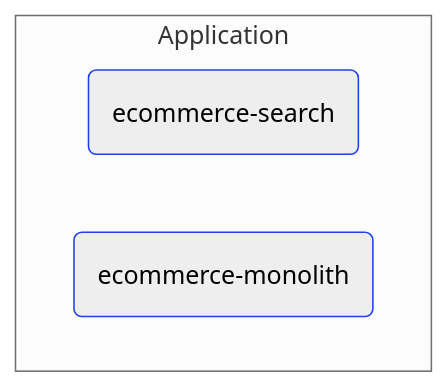
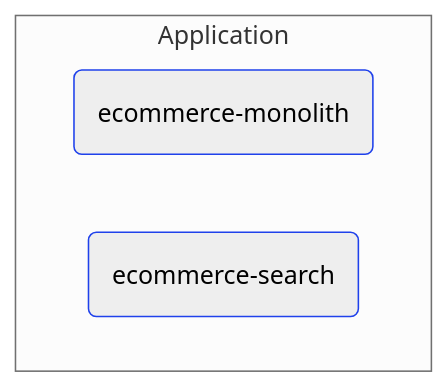
The diagram in Docs/P3/MermaidOutput/Technology/DeployableUnits/DeployableUnits.md (itlibrium/DDD-starter-dotnet), drawn with Mermaid (neutral theme) before and after one commit. The commit also changed 1 other file, not shown here.

Commit message:
P3 docs updated

````diff
--- a/Docs/P3/MermaidOutput/Technology/DeployableUnits/DeployableUnits.md
+++ b/Docs/P3/MermaidOutput/Technology/DeployableUnits/DeployableUnits.md
@@ -12,12 +12,12 @@
 ```mermaid
   flowchart TB
     subgraph 0["Application"]
-      1(ecommerce-search)
+      1(ecommerce-monolith)
       class 1 TechnologyPerspective
-      2(ecommerce-monolith)
+      2(ecommerce-search)
       class 2 TechnologyPerspective
     end
     classDef DomainPerspective stroke:#009900
     classDef TechnologyPerspective stroke:#1F41EB
     classDef PeoplePerspective stroke:#FFF014
 ```
````
